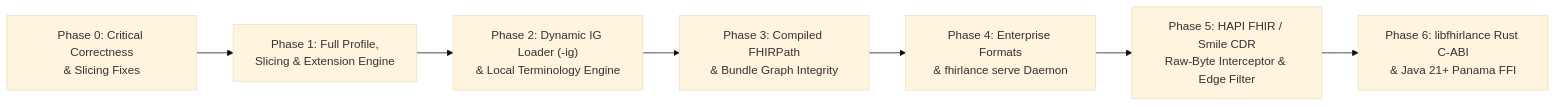
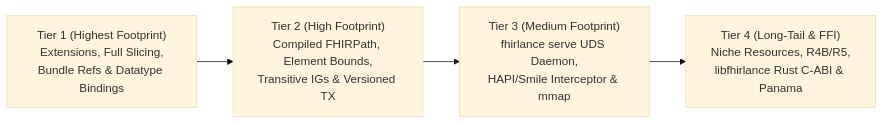
One commit to damsonaldson/FHIRlance changed the diagram in docs/roadmap.md. Above: the diagram before and after it, drawn with Mermaid (base theme). The commit also changed other lines of this file and 6 other files, not shown here.

Commit message:
feat(terminology): add hl7.terminology.r4 UTG tables and footprint-prioritized roadmap

````diff
--- a/docs/roadmap.md
+++ b/docs/roadmap.md
@@ -6,9 +7,6 @@
 ```mermaid
 flowchart LR
-    P0["Phase 0: Critical Correctness<br/>& Slicing Fixes"] --> P1["Phase 1: Full Profile,<br/>Slicing & Extension Engine"]
-    P1 --> P2["Phase 2: Dynamic IG Loader (-ig)<br/>& Local Terminology Engine"]
-    P2 --> P3["Phase 3: Compiled FHIRPath<br/>& Bundle Graph Integrity"]
-    P3 --> P4["Phase 4: Enterprise Formats<br/>& fhirlance serve Daemon"]
-    P4 --> P5["Phase 5: HAPI FHIR / Smile CDR<br/>Raw-Byte Interceptor & Edge Filter"]
-    P5 --> P6["Phase 6: libfhirlance Rust C-ABI<br/>& Java 21+ Panama FFI"]
+    T1["Tier 1 (Highest Footprint)<br/>Extensions, Full Slicing,<br/>Bundle Refs & Datatype Bindings"] --> T2["Tier 2 (High Footprint)<br/>Compiled FHIRPath, Element Bounds,<br/>Transitive IGs & Versioned TX"]
+    T2 --> T3["Tier 3 (Medium Footprint)<br/>fhirlance serve UDS Daemon,<br/>HAPI/Smile Interceptor & mmap"]
+    T3 --> T4["Tier 4 (Long-Tail & FFI)<br/>Niche Resources, R4B/R5,<br/>libfhirlance Rust C-ABI & Panama"]
 ```
````
